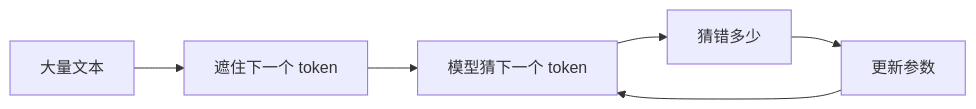
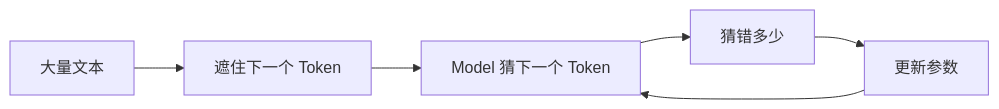
Before and after one commit to ImWenyaoT/website: the first of 2 diagrams in docs/model/neural-networks/gpt-transformer.md, drawn with Mermaid. The commit also changed other lines of this file and 24 other files, not shown here.

Commit message:
feat: revamp Harness series with Claude Code & DeepSeek architectures, standardize AI terminology and clean config

````diff
--- a/docs/model/neural-networks/gpt-transformer.md
+++ b/docs/model/neural-networks/gpt-transformer.md
@@ -36,8 +33,8 @@
 ```mermaid
 flowchart LR
-  Text["大量文本"] --> Task["遮住下一个 token"]
-  Task --> Guess["模型猜下一个 token"]
+  Text["大量文本"] --> Task["遮住下一个 Token"]
+  Task --> Guess["Model 猜下一个 Token"]
   Guess --> Loss["猜错多少"]
   Loss --> Update["更新参数"]
   Update --> Guess
 ```
````
